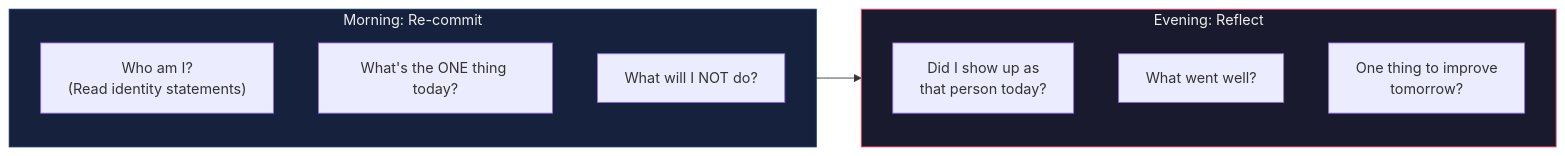
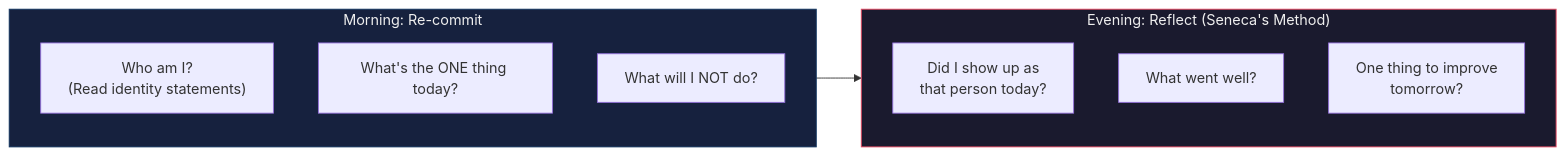
Before and after one commit to Cyvid7-Darus10/peak-self: the ninth of 9 diagrams in mindset/identity-architecture.md, drawn with Mermaid. The commit also changed other lines of this file and 4 other files, not shown here.

````diff
--- a/mindset/identity-architecture.md
+++ b/mindset/identity-architecture.md
@@ -129,18 +253,18 @@
 ```mermaid
 flowchart LR
     subgraph morning["Morning: Re-commit"]
         direction TB
         M1["Who am I?<br/>(Read identity statements)"]
         M2["What's the ONE thing today?"]
         M3["What will I NOT do?"]
     end
-    subgraph evening["Evening: Reflect"]
+    subgraph evening["Evening: Reflect (Seneca's Method)"]
         direction TB
         E1["Did I show up as<br/>that person today?"]
         E2["What went well?"]
         E3["One thing to improve<br/>tomorrow?"]
     end
     morning --> evening
     style morning fill:#16213e,stroke:#0f3460,color:#eee
     style evening fill:#1a1a2e,stroke:#e94560,color:#eee
 ```
````
